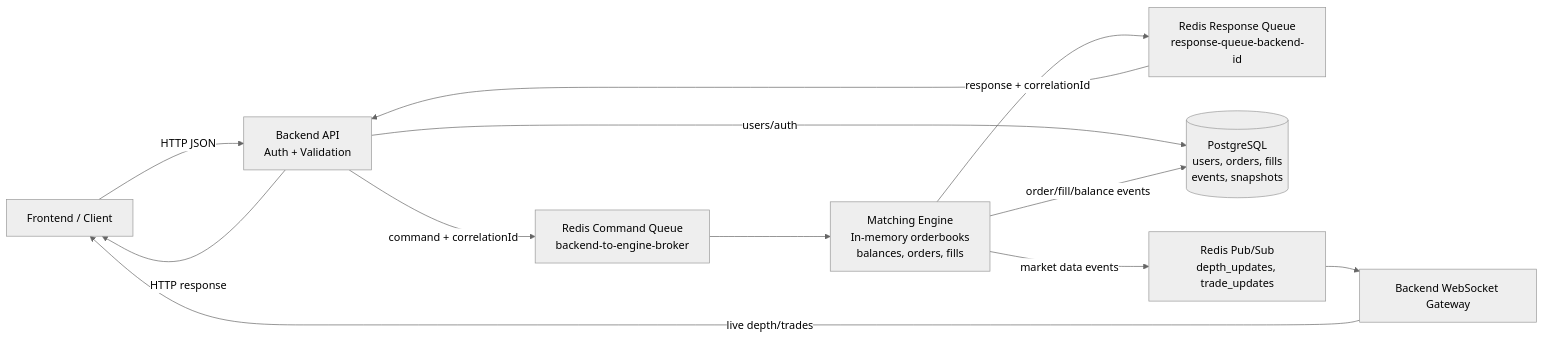
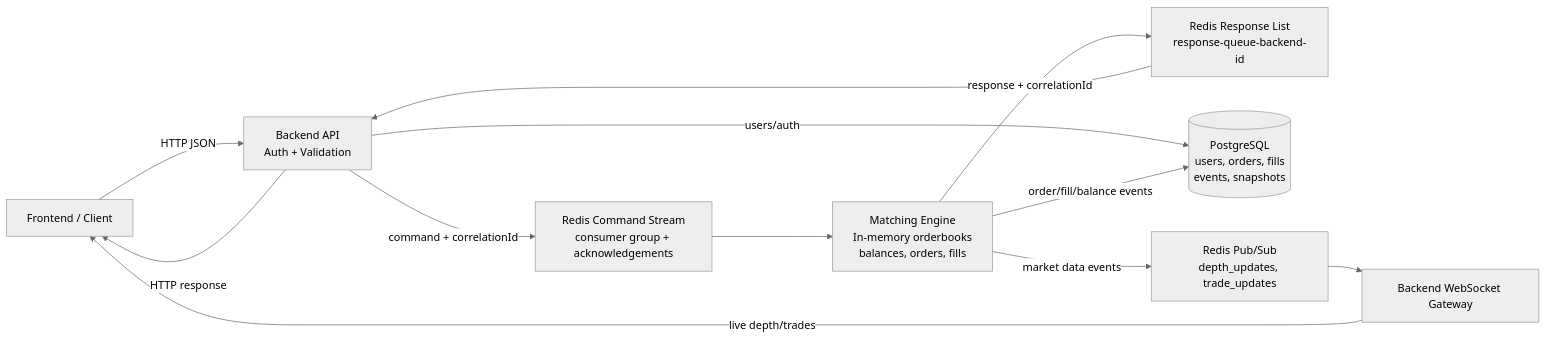
Before and after one commit to javin1106/OnlyTrades: the diagram in README.md, drawn with Mermaid (neutral theme). The commit also changed other lines of this file and 17 other files, not shown here.

````diff
--- a/README.md
+++ b/README.md
@@ -83,24 +87,24 @@
 ```mermaid
 flowchart LR
   C[Frontend / Client]
   B[Backend API<br/>Auth + Validation]
-  CQ[Redis Command Queue<br/>backend-to-engine-broker]
+  CQ[Redis Command Stream<br/>consumer group + acknowledgements]
   E[Matching Engine<br/>In-memory orderbooks<br/>balances, orders, fills]
-  RQ[Redis Response Queue<br/>response-queue-backend-id]
+  RQ[Redis Response List<br/>response-queue-backend-id]
   DB[(PostgreSQL<br/>users, orders, fills<br/>events, snapshots)]
   PS[Redis Pub/Sub<br/>depth_updates, trade_updates]
   WS[Backend WebSocket Gateway]
 
   C -- HTTP JSON --> B
   B -- users/auth --> DB
   B -- command + correlationId --> CQ
   CQ --> E
   E -- response + correlationId --> RQ
   RQ --> B
   B -- HTTP response --> C
 
   E -- order/fill/balance events --> DB
   E -- market data events --> PS
   PS --> WS
   WS -- live depth/trades --> C
 ```
````
